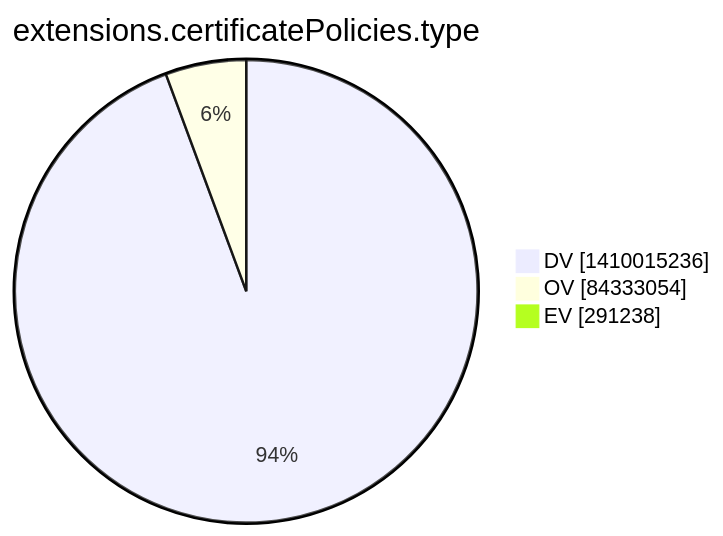
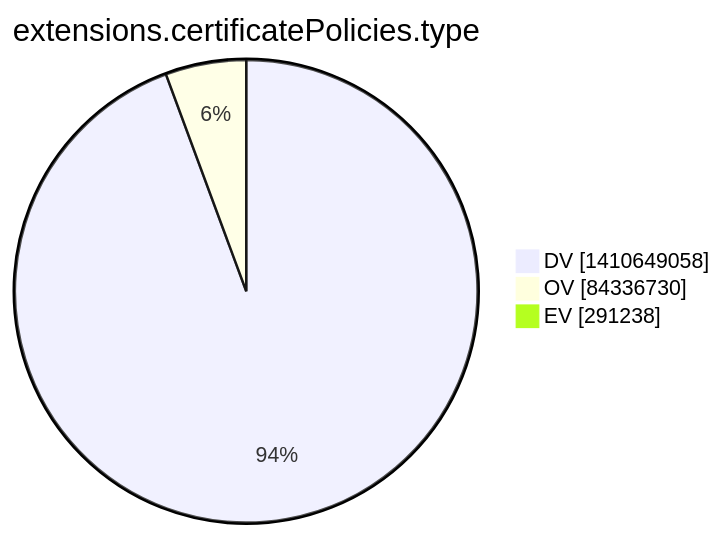
The tenth of 15 diagrams in argon2022/README.md (christiankrug/ctmonitor_visualization), drawn with Mermaid before and after one commit. The commit also changed other lines of this file, not shown here.

````diff
--- a/argon2022/README.md
+++ b/argon2022/README.md
@@ -2773,7 +2773,7 @@
 ```mermaid
 pie showData
 title extensions.certificatePolicies.type
-"DV" :1410015236
-"OV" :84333054
+"DV" :1410649058
+"OV" :84336730
 "EV" :291238
 ```
````
